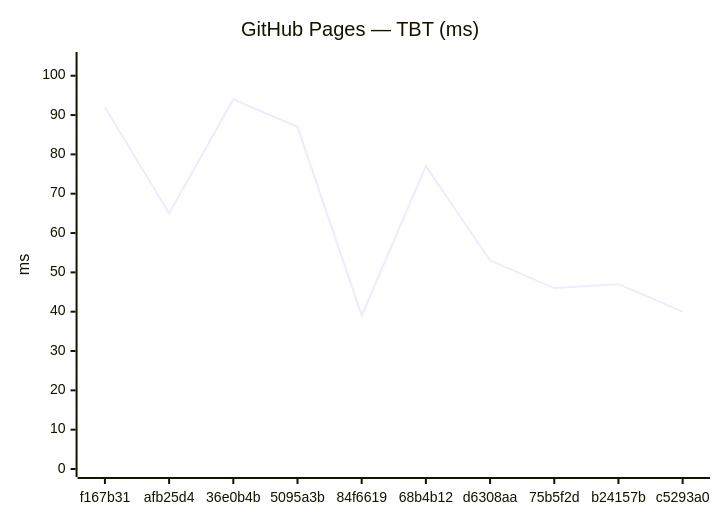
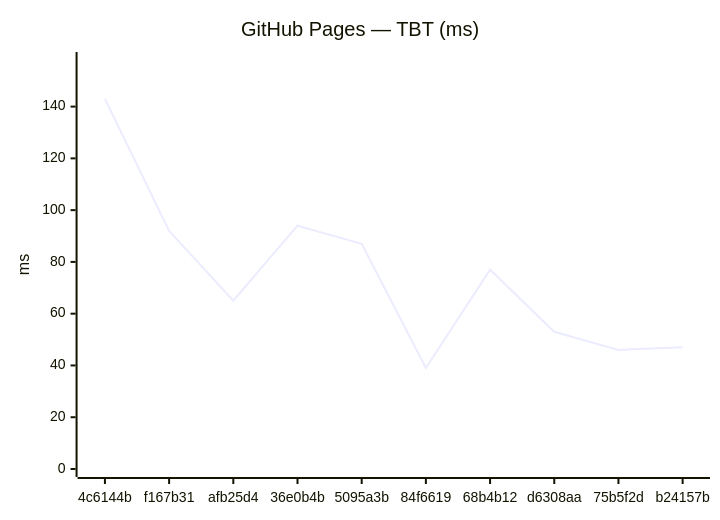
The fourth of 18 diagrams in benchmarks/compare.md (Metaheurist/Rianell), drawn with Mermaid before and after one commit. The commit also changed other lines of this file and 11 other files, not shown here.

````diff
--- a/benchmarks/compare.md
+++ b/benchmarks/compare.md
@@ -61,7 +61,7 @@
 ```mermaid
 xychart-beta
     title "GitHub Pages — TBT (ms)"
-    x-axis ["f167b31", "afb25d4", "36e0b4b", "5095a3b", "84f6619", "68b4b12", "d6308aa", "75b5f2d", "b24157b", "c5293a0"]
-    y-axis "ms" 0 --> 104
-    line [92, 65, 94, 87, 39, 77, 53, 46, 47, 40]
+    x-axis ["4c6144b", "f167b31", "afb25d4", "36e0b4b", "5095a3b", "84f6619", "68b4b12", "d6308aa", "75b5f2d", "b24157b"]
+    y-axis "ms" 0 --> 158
+    line [143, 92, 65, 94, 87, 39, 77, 53, 46, 47]
 ```
````
